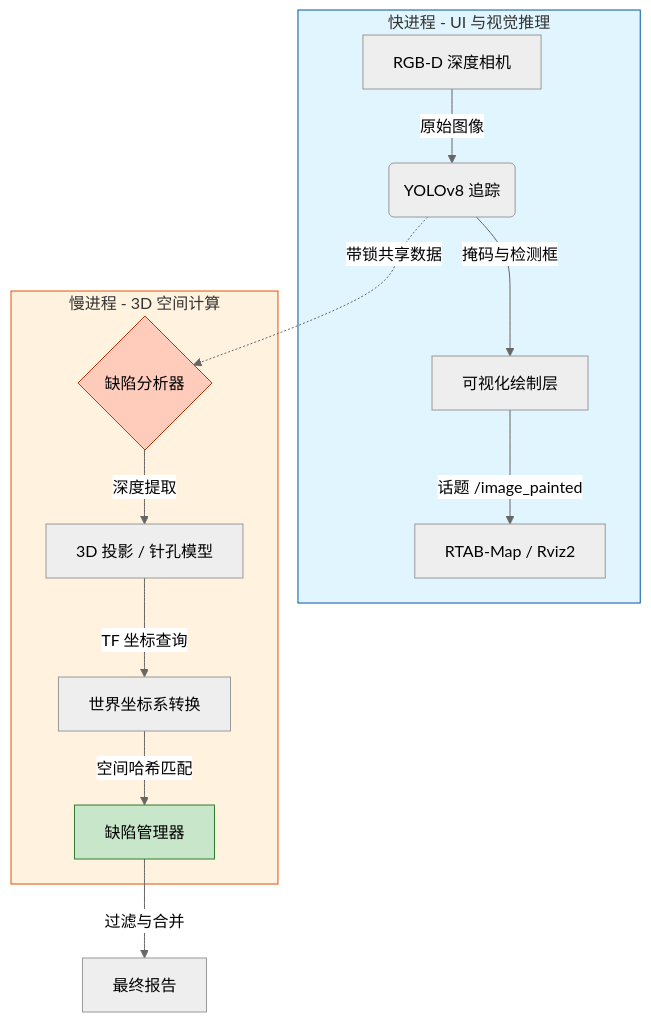
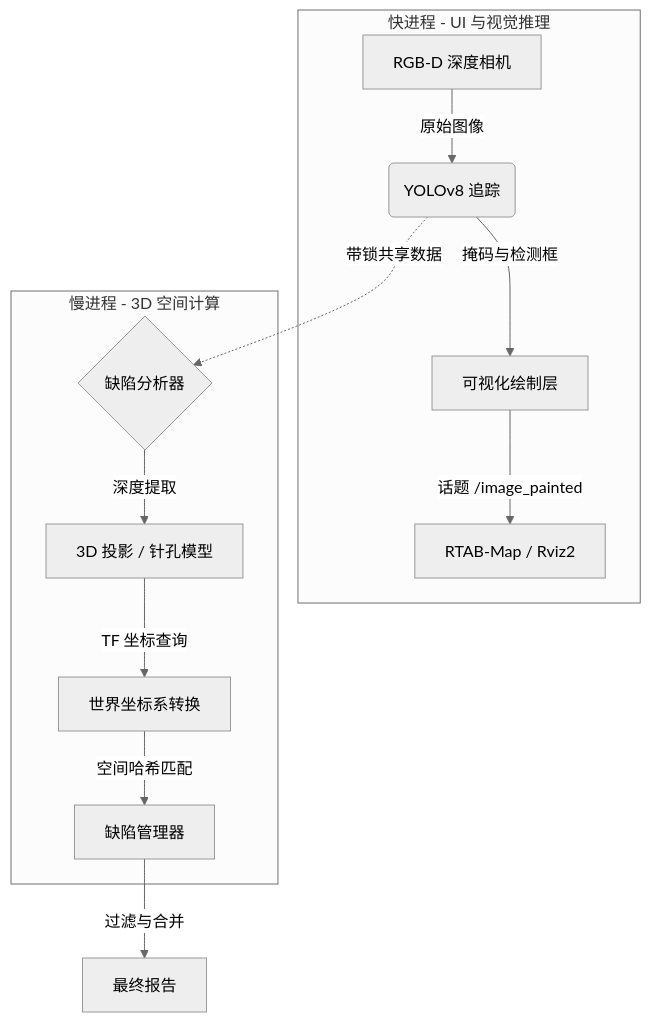
The first of 2 diagrams in README.md (nxyes/yay), drawn with Mermaid (neutral theme) before and after one commit.

````diff
--- a/README.md
+++ b/README.md
@@ -1,27 +1,22 @@
 ```mermaid
 graph TD
     %% 子图定义：快进程 - 负责UI显示与推理，低延迟
     subgraph FastLoop [快进程 - UI 与视觉推理]
         A[RGB-D 深度相机] -->|原始图像| B(YOLOv8 追踪)
         B -->|掩码与检测框| C[可视化绘制层]
         C -->|话题 /image_painted| D[RTAB-Map / Rviz2]
     end
     
     %% 子图定义：慢进程 - 负责繁重的3D运算与去重
     subgraph SlowLoop [慢进程 - 3D 空间计算]
         %% 虚线表示跨线程通信
         B -.->|带锁共享数据| E{缺陷分析器}
         E -->|深度提取| F[3D 投影 / 针孔模型]
         F -->|TF 坐标查询| G[世界坐标系转换]
         G -->|空间哈希匹配| H[缺陷管理器]
     end
     
     %% 最终输出
     H -->|过滤与合并| I[最终报告]
-    
-    %% 样式调整（可选，用于增强可读性）
-    style FastLoop fill:#e1f5fe,stroke:#01579b
-    style SlowLoop fill:#fff3e0,stroke:#e65100
-    style E fill:#ffccbc,stroke:#bf360c
-    style H fill:#c8e6c9,stroke:#2e7d32
+
 ```
````
